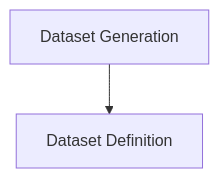
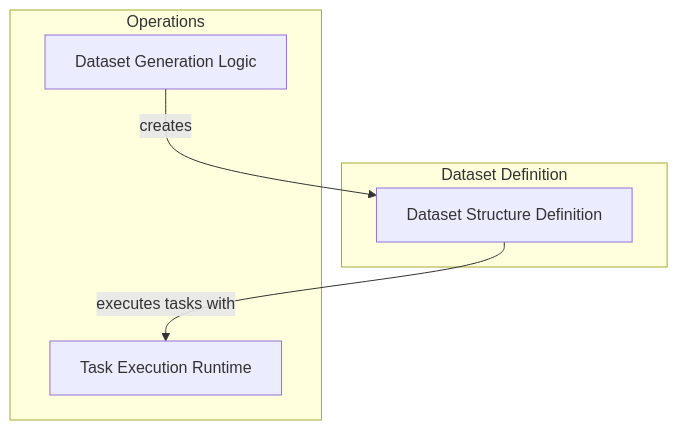
The diagram in demo/repos/pydantic-ai/dataset_management.md (ShreyasPatel031/atelier), drawn with Mermaid before and after one commit. The commit also changed other lines of this file and 2700 other files, not shown here.

First line of the commit message:
Demo viewer: six curated repos, Pydantic bundle swap, Mermaid styling

````diff
--- a/demo/repos/pydantic-ai/dataset_management.md
+++ b/demo/repos/pydantic-ai/dataset_management.md
@@ -23,10 +37,18 @@
 ```mermaid
-graph TD
-    dataset_generation[Dataset Generation]
-    dataset_definition[Dataset Definition]
+flowchart TD
+    subgraph definition["Dataset Definition"]
+        dataset_structure["Dataset Structure Definition"]
+    end
 
-    dataset_generation --> dataset_definition
+    subgraph operations["Operations"]
+        dataset_generation_logic["Dataset Generation Logic"]
+        task_execution_runtime["Task Execution Runtime"]
+    end
 
-    click dataset_generation "dataset_generation.md" "View Dataset Generation Documentation"
-    click dataset_definition "dataset_definition.md" "View Dataset Definition Documentation"
+    dataset_generation_logic -->|"creates"| dataset_structure
+    dataset_structure -->|"executes tasks with"| task_execution_runtime
+
+    click dataset_structure "dataset_structure.md" "View Dataset Structure Definition"
+    click dataset_generation_logic "dataset_generation_logic.md" "View Dataset Generation Logic"
+    click task_execution_runtime "task_execution_runtime.md" "View Task Execution Runtime"
 ```
````
